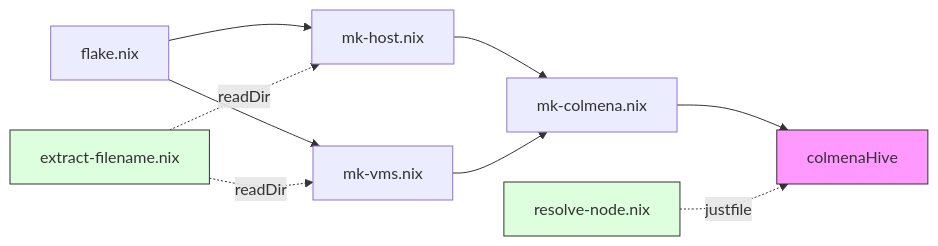
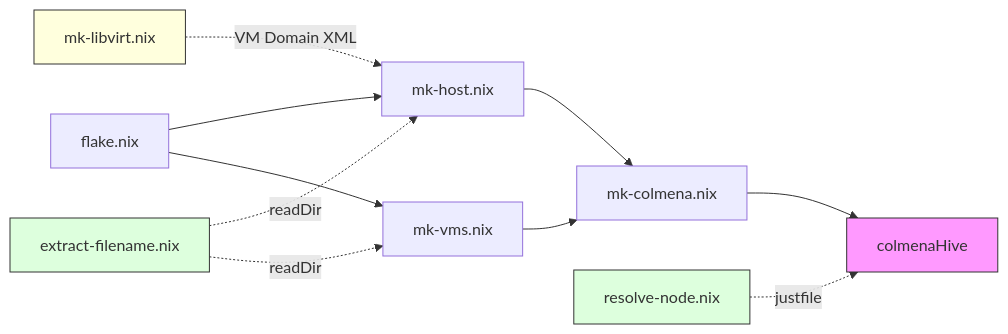
One commit to vanillacake369/tonys-homelab changed the diagram in lib/README.md. Above: the diagram before and after it, drawn with Mermaid. The commit also changed other lines of this file and 3 other files, not shown here.

````diff
--- a/lib/README.md
+++ b/lib/README.md
@@ -19,16 +19,18 @@
 ```mermaid
 flowchart LR
   Flake[flake.nix] --> MkHost[mk-host.nix]
   Flake --> MkVMs[mk-vms.nix]
   MkHost --> MkColmena[mk-colmena.nix]
   MkVMs --> MkColmena
   MkColmena --> Hive["colmenaHive"]
 
+  MkLibvirt[mk-libvirt.nix] -.->|"VM Domain XML"| MkHost
   Extract[extract-filename.nix] -.->|"readDir"| MkHost
   Extract -.->|"readDir"| MkVMs
   Resolve[resolve-node.nix] -.->|"justfile"| Hive
 
   style Hive fill:#f9f,stroke:#333
+  style MkLibvirt fill:#ffd,stroke:#333
   style Extract fill:#dfd,stroke:#333
   style Resolve fill:#dfd,stroke:#333
 ```
````
